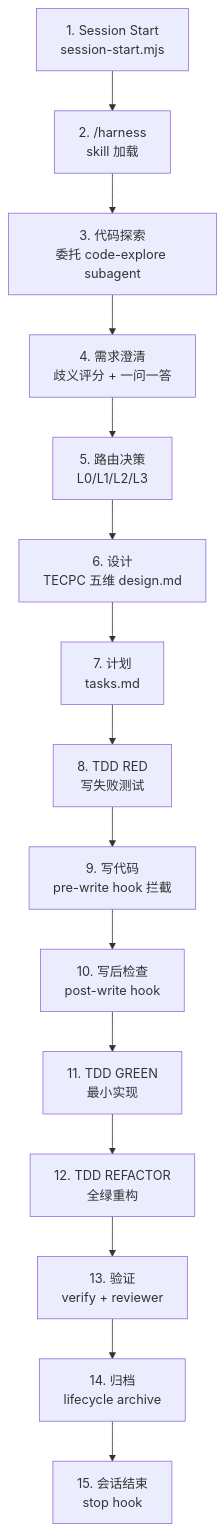
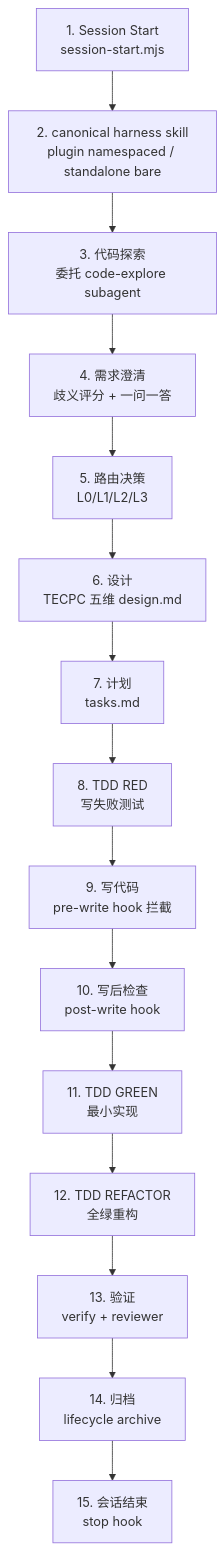
The diagram in docs/zh-cn/full-lifecycle-truth.md (Emtemf/enterprise-harness), drawn with Mermaid before and after one commit. The commit also changed other lines of this file and 32 other files, not shown here.

````diff
--- a/docs/zh-cn/full-lifecycle-truth.md
+++ b/docs/zh-cn/full-lifecycle-truth.md
@@ -9,17 +11,17 @@
 ```mermaid
 graph TD
-    A["1. Session Start<br/>session-start.mjs"] --> B["2. /harness<br/>skill 加载"]
+    A["1. Session Start<br/>session-start.mjs"] --> B["2. canonical harness skill<br/>plugin namespaced / standalone bare"]
     B --> C["3. 代码探索<br/>委托 code-explore subagent"]
     C --> D["4. 需求澄清<br/>歧义评分 + 一问一答"]
     D --> E["5. 路由决策<br/>L0/L1/L2/L3"]
     E --> F["6. 设计<br/>TECPC 五维 design.md"]
     F --> G["7. 计划<br/>tasks.md"]
     G --> H["8. TDD RED<br/>写失败测试"]
     H --> I["9. 写代码<br/>pre-write hook 拦截"]
     I --> J["10. 写后检查<br/>post-write hook"]
     J --> K["11. TDD GREEN<br/>最小实现"]
     K --> L["12. TDD REFACTOR<br/>全绿重构"]
     L --> M["13. 验证<br/>verify + reviewer"]
     M --> N["14. 归档<br/>lifecycle archive"]
     N --> O["15. 会话结束<br/>stop hook"]
 ```
````
